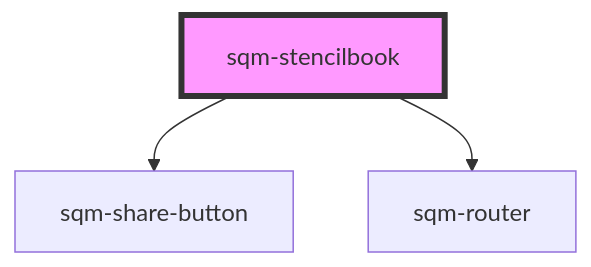
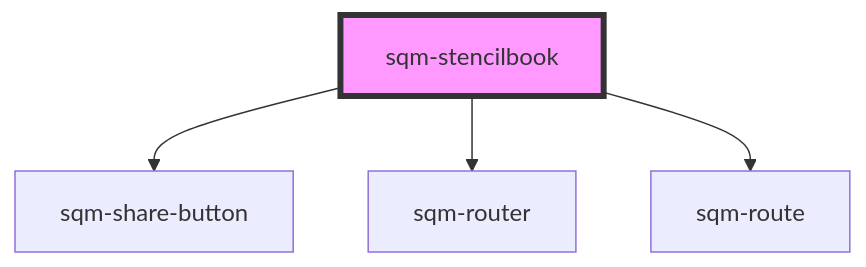
Before and after one commit to saasquatch/program-tools: the diagram in packages/mint-components/src/components/sqm-stencilbook/readme.md, drawn with Mermaid. The commit also changed other lines of this file and 3 other files, not shown here.

````diff
--- a/packages/mint-components/src/components/sqm-stencilbook/readme.md
+++ b/packages/mint-components/src/components/sqm-stencilbook/readme.md
@@ -16,6 +17,7 @@
 ```mermaid
 graph TD;
   sqm-stencilbook --> sqm-share-button
   sqm-stencilbook --> sqm-router
+  sqm-stencilbook --> sqm-route
   style sqm-stencilbook fill:#f9f,stroke:#333,stroke-width:4px
 ```
````
